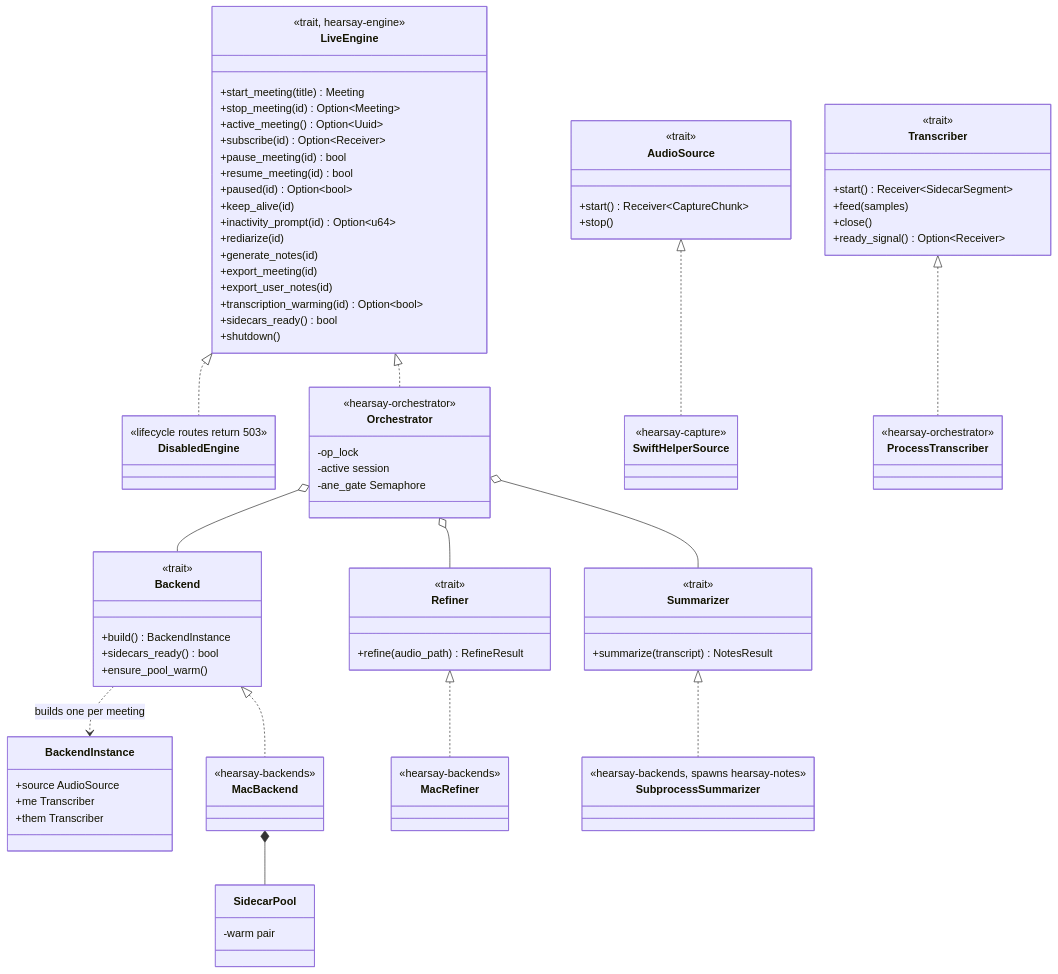
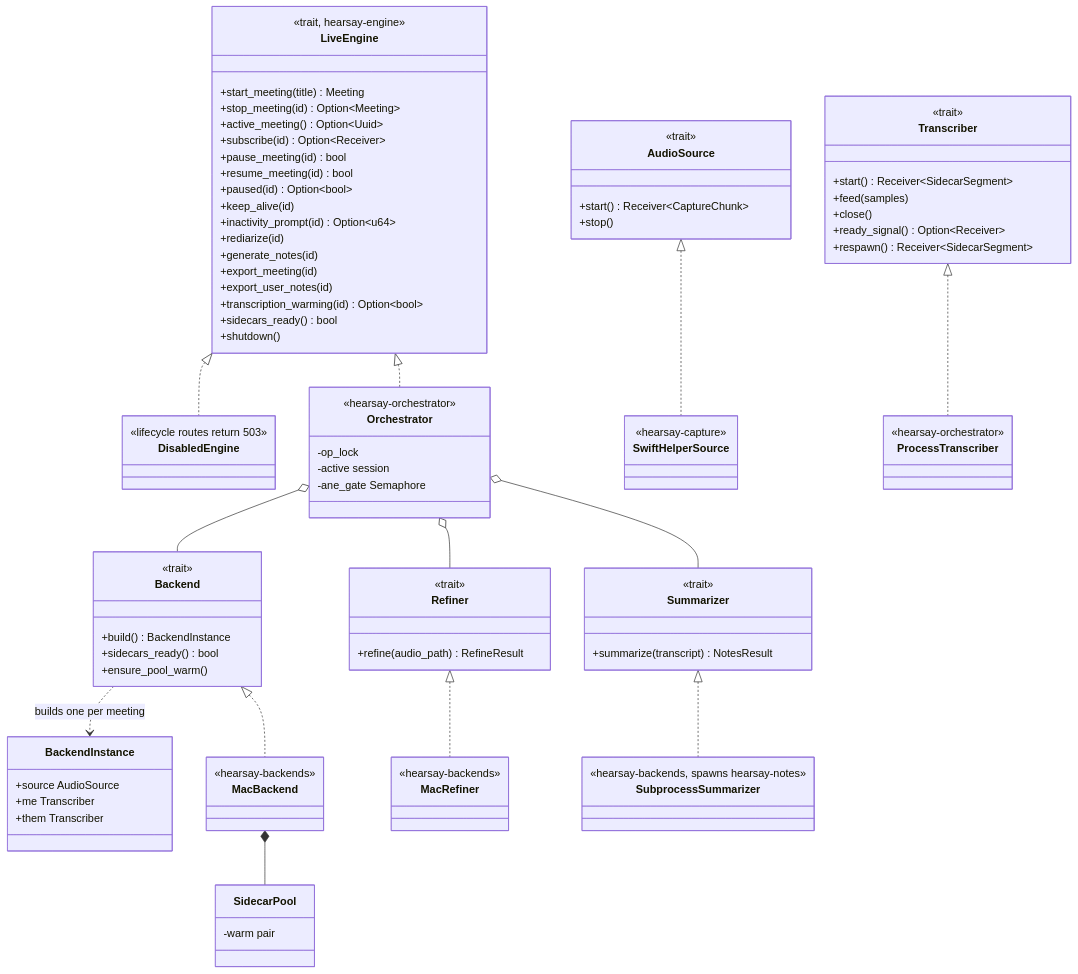
One commit to rwiseman87/hearsay changed the third of 7 diagrams in docs/architecture.md. Above: the diagram before and after it, drawn with Mermaid. The commit also changed other lines of this file and 19 other files, not shown here.

```diff
--- a/docs/architecture.md
+++ b/docs/architecture.md
@@ -201,6 +201,7 @@
         +feed(samples)
         +close()
         +ready_signal() Option~Receiver~
+        +respawn() Receiver~SidecarSegment~
     }
     class Refiner {
         <<trait>>
```
